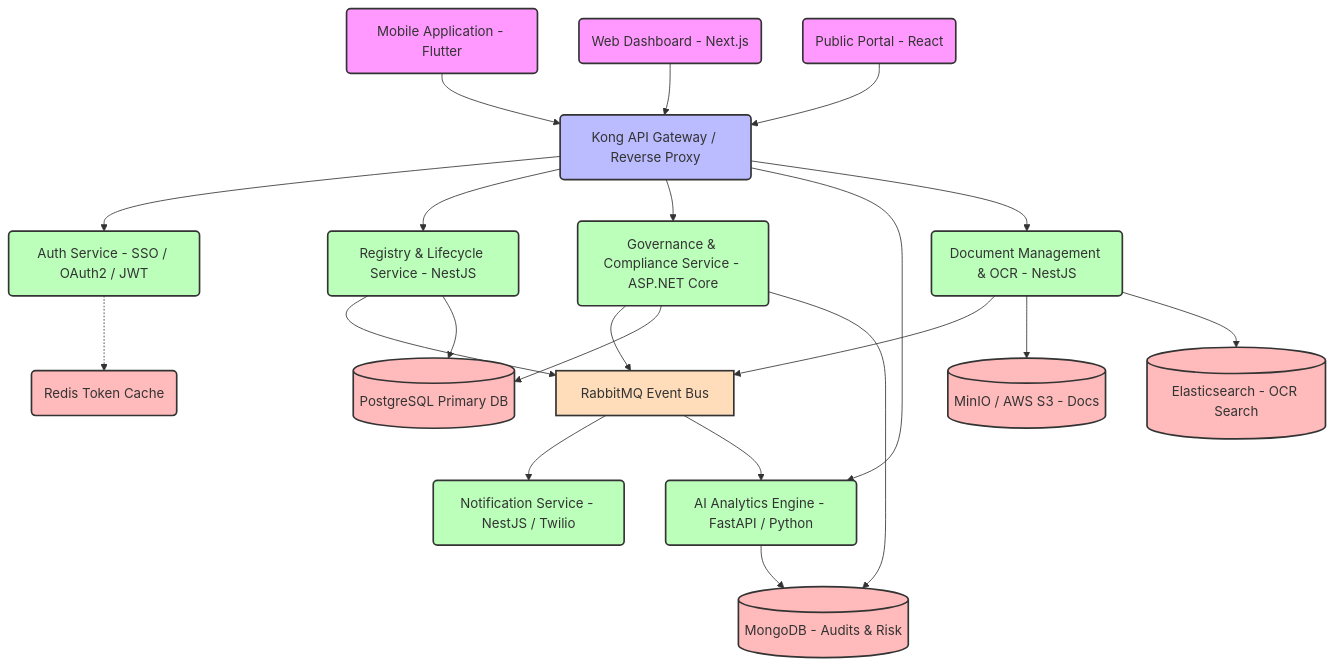
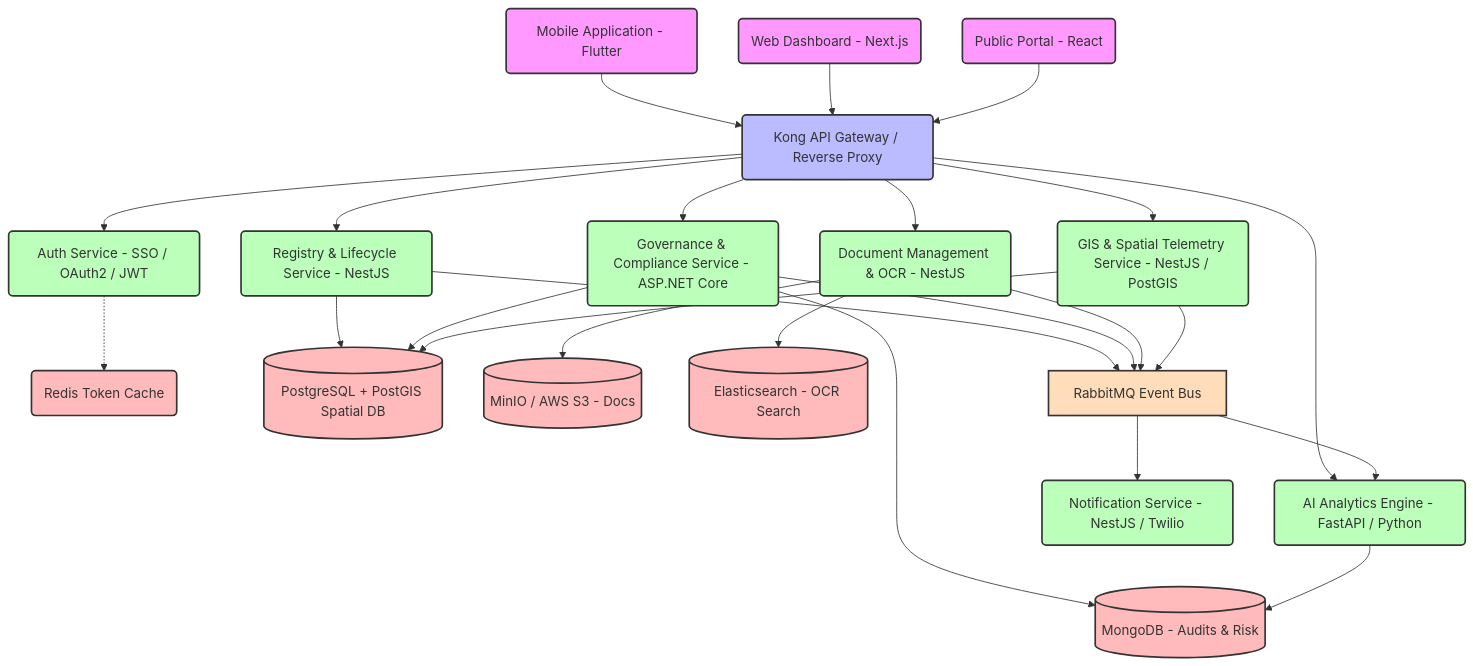
Before and after one commit to nkwasi262-glitch/ai-tracker: the diagram in architecture/system_architecture.md, drawn with Mermaid. The commit also changed other lines of this file and 6 other files, not shown here.

Commit message:
feat(gis): add Sovereign GIS Spatial API engine and interactive portal features

````diff
--- a/architecture/system_architecture.md
+++ b/architecture/system_architecture.md
@@ -13,62 +13,66 @@
 ```mermaid
 graph TD
     classDef client fill:#f9f,stroke:#333,stroke-width:2px;
     classDef gateway fill:#bbf,stroke:#333,stroke-width:2px;
     classDef service fill:#bfb,stroke:#333,stroke-width:2px;
     classDef db fill:#fbb,stroke:#333,stroke-width:2px;
     classDef broker fill:#fdb,stroke:#333,stroke-width:2px;
 
     %% Clients
     M(Mobile Application - Flutter):::client
     W(Web Dashboard - Next.js):::client
     P(Public Portal - React):::client
 
     %% Gateway
     GW(Kong API Gateway / Reverse Proxy):::gateway
 
     %% Authentication & Security
     Auth(Auth Service - SSO / OAuth2 / JWT):::service
     RedisSession(Redis Token Cache):::db
 
     %% Microservices
     Registry(Registry & Lifecycle Service - NestJS):::service
     Compliance(Governance & Compliance Service - ASP.NET Core):::service
     Analytics(AI Analytics Engine - FastAPI / Python):::service
     Notification(Notification Service - NestJS / Twilio):::service
     DocMS(Document Management & OCR - NestJS):::service
+    GIS(GIS & Spatial Telemetry Service - NestJS / PostGIS):::service
 
     %% Storage & Caching
-    PG[(PostgreSQL Primary DB)]:::db
+    PG[(PostgreSQL + PostGIS Spatial DB)]:::db
     Mongo[(MongoDB - Audits & Risk)]:::db
     S3[(MinIO / AWS S3 - Docs)]:::db
     Elastic[(Elasticsearch - OCR Search)]:::db
     Rabbit[RabbitMQ Event Bus]:::broker
 
     %% Flow Connections
     M --> GW
     W --> GW
     P --> GW
 
     GW --> Auth
     Auth -.-> RedisSession
 
     GW --> Registry
     GW --> Compliance
     GW --> Analytics
     GW --> DocMS
+    GW --> GIS
 
     %% Event Bus Integration
     Registry --> Rabbit
     Compliance --> Rabbit
     DocMS --> Rabbit
+    GIS --> Rabbit
     Rabbit --> Notification
     Rabbit --> Analytics
 
     %% Database Bindings
     Registry --> PG
     Compliance --> PG
     Compliance --> Mongo
     DocMS --> S3
     DocMS --> Elastic
     Analytics --> Mongo
+    GIS --> PG
 ```
````
